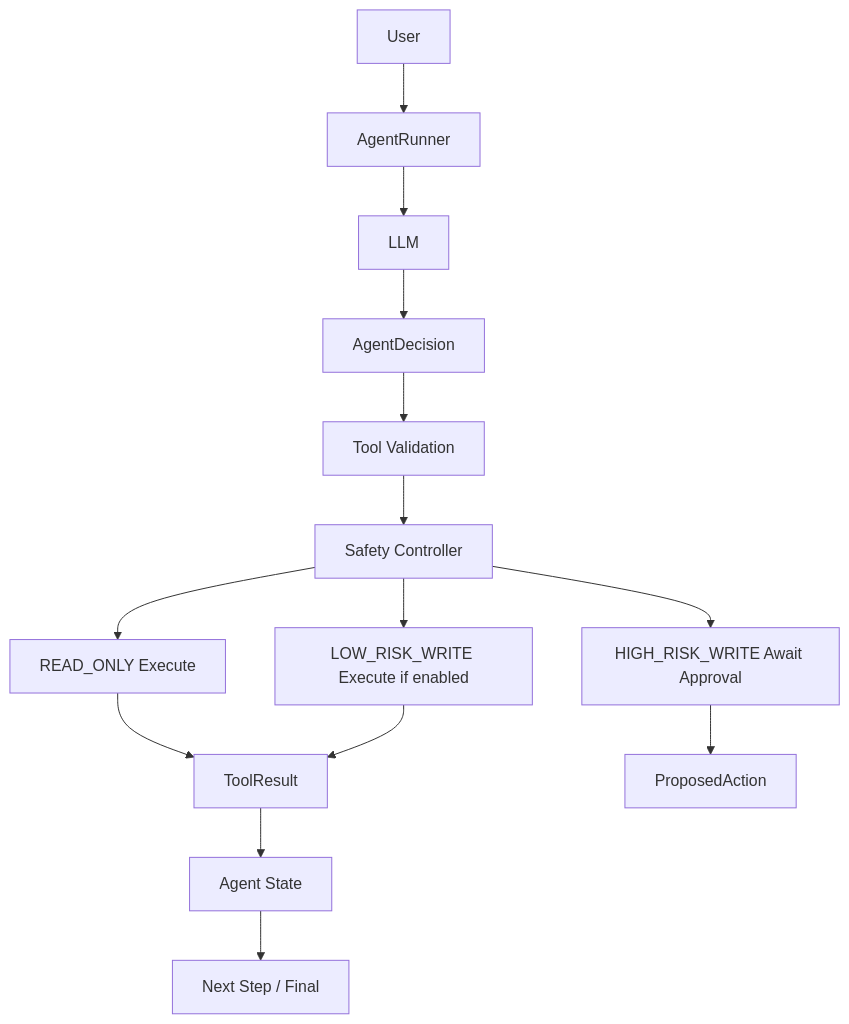
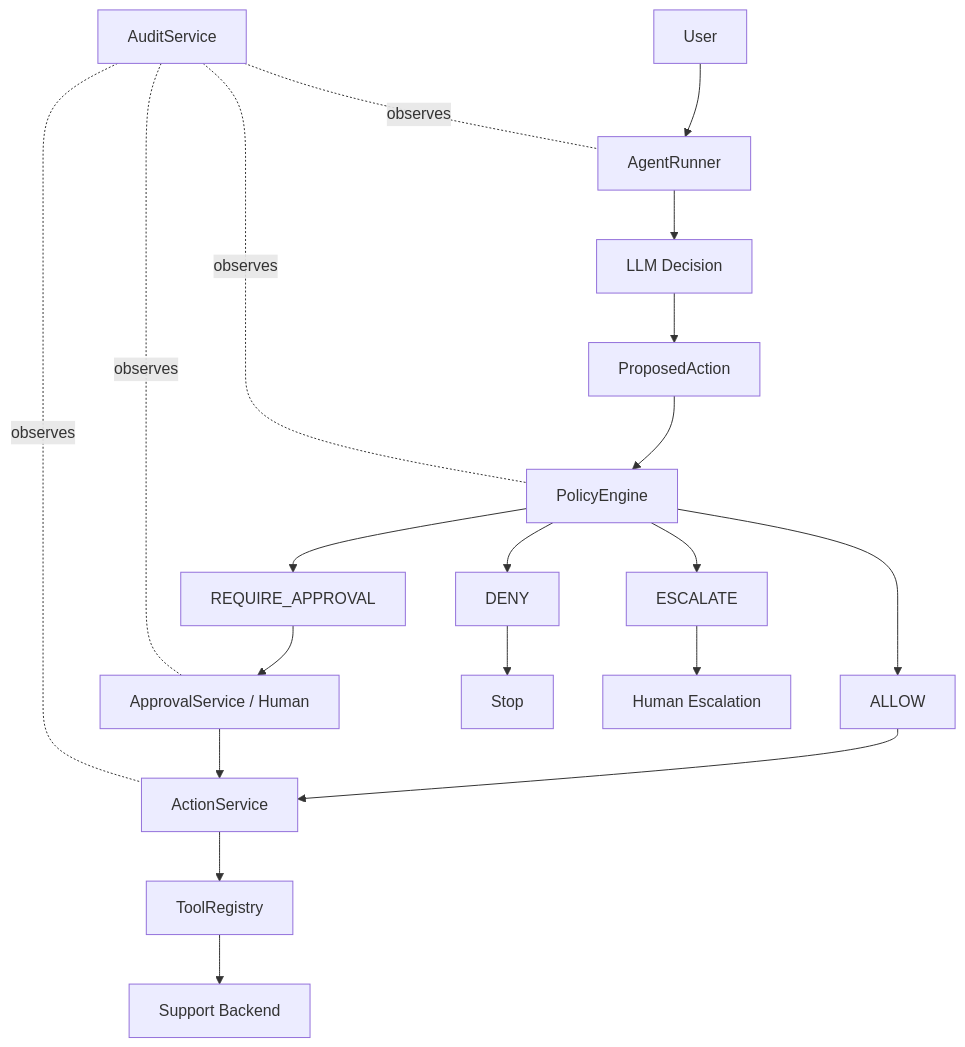
The diagram in README.md (SincereSag87/supportops-agent), drawn with Mermaid before and after one commit. The commit also changed other lines of this file and 20 other files, not shown here.

Commit message:
feat: add policy approvals and audit trail

````diff
--- a/README.md
+++ b/README.md
@@ -15,16 +13,22 @@
 ```mermaid
 flowchart TD
     A[User] --> B[AgentRunner]
-    B --> C[LLM]
-    C --> D[AgentDecision]
-    D --> E[Tool Validation]
-    E --> F[Safety Controller]
-    F --> G[READ_ONLY Execute]
-    F --> H[LOW_RISK_WRITE Execute if enabled]
-    F --> I[HIGH_RISK_WRITE Await Approval]
-    G --> J[ToolResult]
-    H --> J
-    I --> K[ProposedAction]
-    J --> L[Agent State]
-    L --> M[Next Step / Final]
+    B --> C[LLM Decision]
+    C --> D[ProposedAction]
+    D --> E[PolicyEngine]
+    E --> F[ALLOW]
+    E --> G[REQUIRE_APPROVAL]
+    E --> H[DENY]
+    E --> I[ESCALATE]
+    F --> J[ActionService]
+    G --> K[ApprovalService / Human]
+    K --> J
+    H --> L[Stop]
+    I --> M[Human Escalation]
+    J --> N[ToolRegistry]
+    N --> O[Support Backend]
+    P[AuditService] -. observes .- B
+    P -. observes .- E
+    P -. observes .- K
+    P -. observes .- J
 ```
````
